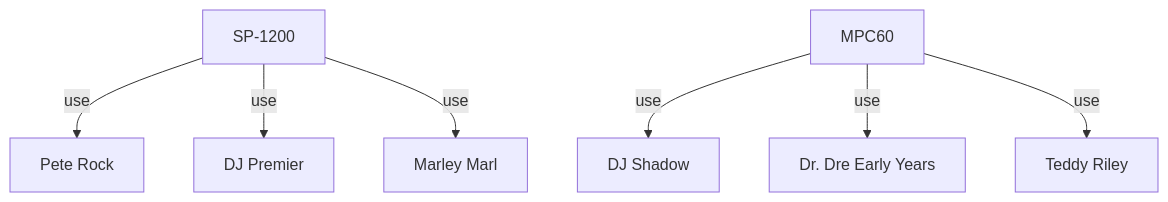
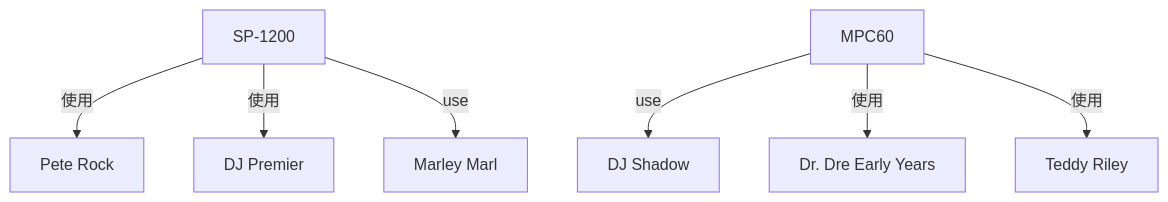
The first of 21 diagrams in en/_posts/2025-11-20-column-akai-mpc-60-emu-sp1200.md (monumental-movement/monumental-movement.github.io), drawn with Mermaid before and after one commit. The commit also changed other lines of this file and 2196 other files, not shown here.

```diff
--- a/en/_posts/2025-11-20-column-akai-mpc-60-emu-sp1200.md
+++ b/en/_posts/2025-11-20-column-akai-mpc-60-emu-sp1200.md
@@ -180,13 +180,13 @@
 <div class="mermaid">
 
 flowchart TD
-  A["SP-1200"] -->|use| B["Pete Rock"]
-  A -->|use| C["DJ Premier"]
+  A["SP-1200"] -->|使用| B["Pete Rock"]
+  A -->|使用| C["DJ Premier"]
   A -->|use| D["Marley Marl"]
   
   E["MPC60"] -->|use| F["DJ Shadow"]
-  E -->|use| G["Dr. Dre Early Years"]
-  E -->|use| H["Teddy Riley"]
+  E -->|使用| G["Dr. Dre Early Years"]
+  E -->|使用| H["Teddy Riley"]
 
 
 </div> 
```
